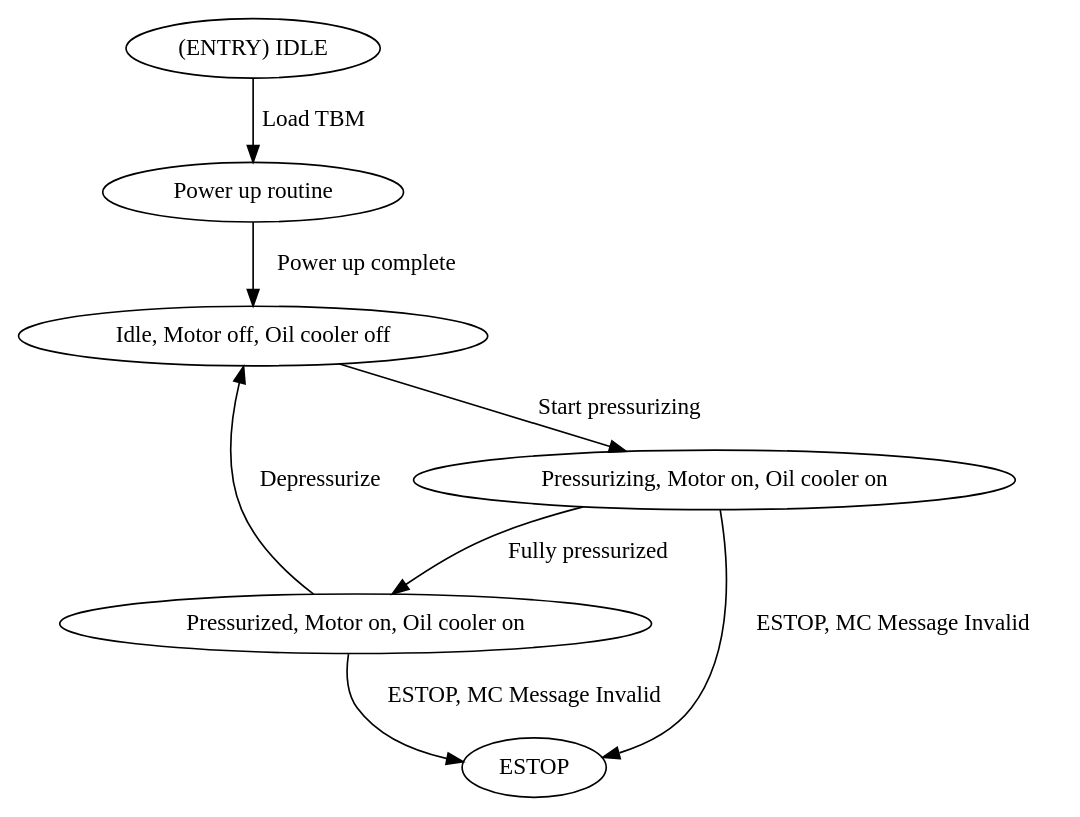
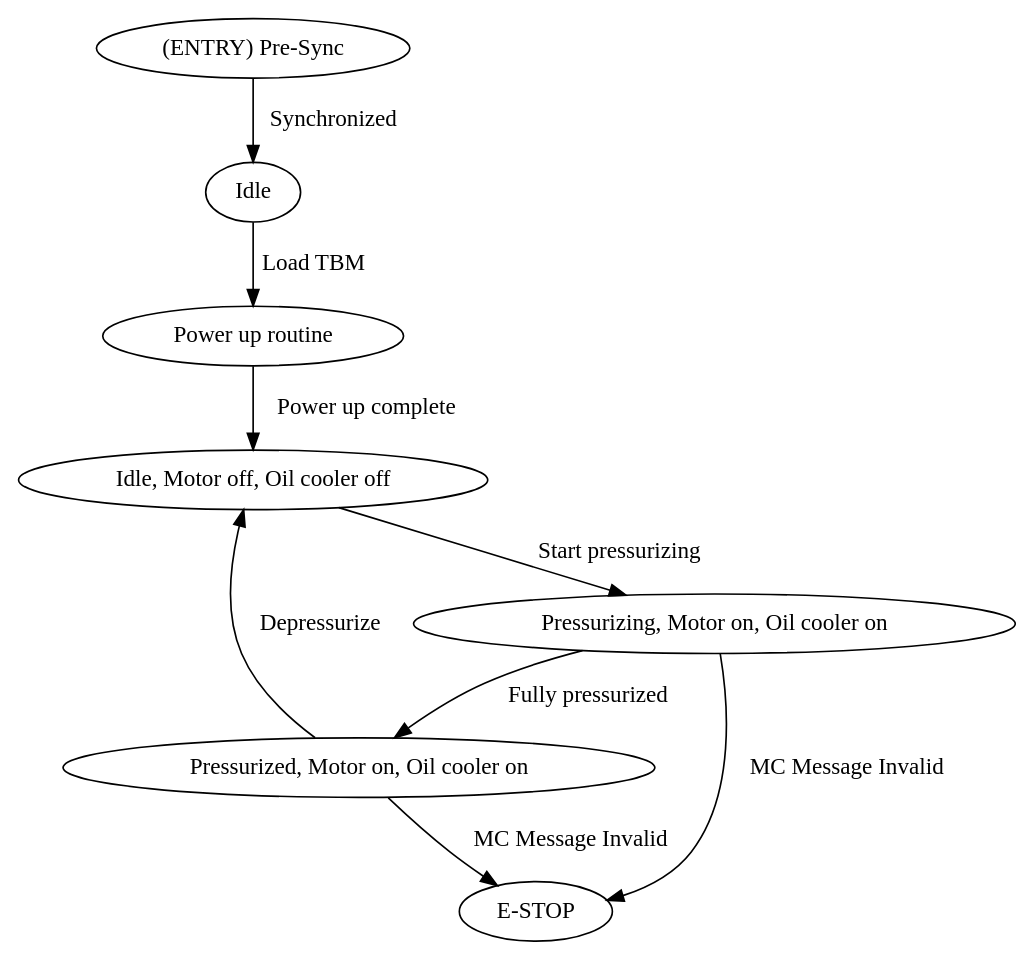
Before and after one commit to umdloop/state-machines: the diagram in high-voltage/hv_main.dot, drawn with Graphviz. The commit also changed 3 other files, not shown here.

```diff
--- a/high-voltage/hv_main.dot
+++ b/high-voltage/hv_main.dot
@@ -1,17 +1,19 @@
 digraph {
-	S00 [label="(ENTRY) IDLE"];
-    S01 [label="Power up routine"];
-    S02 [label="Pressurizing, Motor on, Oil cooler on"];
-S03 [label="Pressurized, Motor on, Oil cooler on"];
+	S00 [label="(ENTRY) Pre-Sync"];
+	S06 [label="Idle"];
+    	S01 [label="Power up routine"];
+    	S02 [label="Pressurizing, Motor on, Oil cooler on"];
+	S03 [label="Pressurized, Motor on, Oil cooler on"];
 	S04 [label="Idle, Motor off, Oil cooler off"];
-	S05 [label="ESTOP"];
+	S05 [label="E-STOP"];
 
-	S00 -> S01 [label="Load TBM"];
+	S00 -> S06 [label="Synchronized"];
+	S06 -> S01 [label="Load TBM"];
 	S01 -> S04 [label="Power up complete"];
-    S03 -> S05 [label="ESTOP, MC Message Invalid"];
-   S02 -> S05 [label="ESTOP, MC Message Invalid"];
+    S03 -> S05 [label="MC Message Invalid"];
+   S02 -> S05 [label="MC Message Invalid"];
 	S03 -> S04 [label="Depressurize"];
 	S02 -> S03 [label="Fully pressurized"];
 S04 -> S02 [label="Start pressurizing"];
 
 }
```
